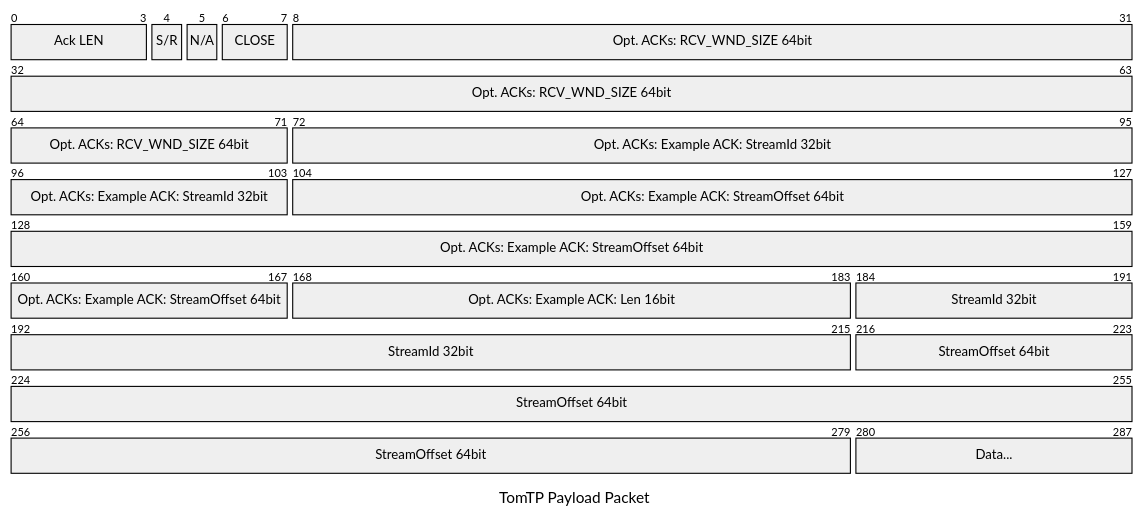
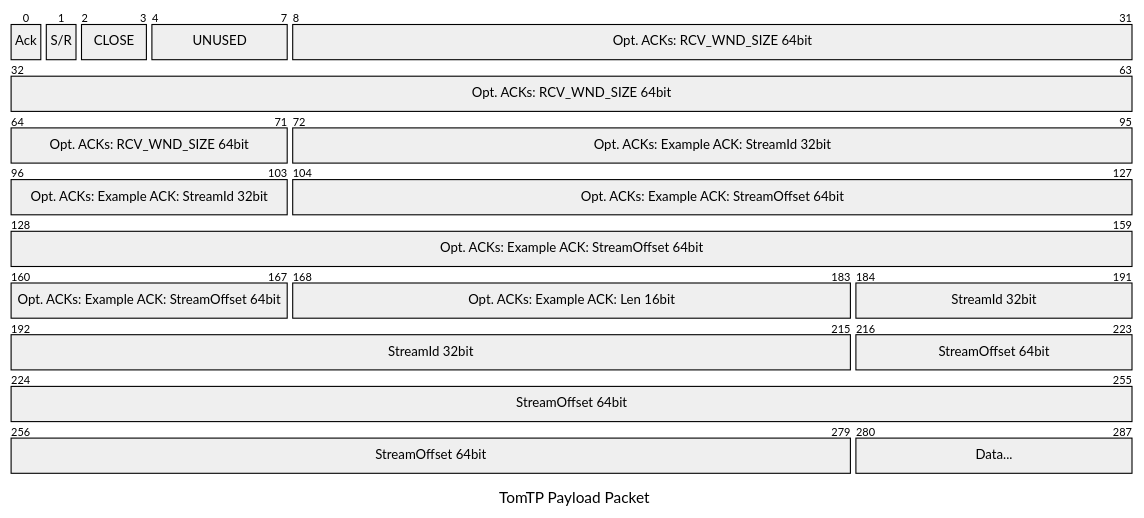
One commit to tbocek/tomtp changed the eighth of 9 diagrams in Readme.md. Above: the diagram before and after it, drawn with Mermaid. The commit also changed other lines of this file and 14 other files, not shown here.

````diff
--- a/Readme.md
+++ b/Readme.md
@@ -276,17 +276,17 @@
 ```mermaid
 ---
 title: "TomTP Payload Packet"
 ---
 packet-beta
-  0-3: "Ack LEN"
-  4: "S/R"
-  5: "N/A"
-  6-7: "CLOSE"
-  8-71: "Opt. ACKs: RCV_WND_SIZE 64bit" 
+  0: "Ack"
+  1: "S/R"
+  2-3: "CLOSE"
+  4-7: "UNUSED"
+  8-71: "Opt. ACKs: RCV_WND_SIZE 64bit"
   72-103: "Opt. ACKs: Example ACK: StreamId 32bit"
   104-167: "Opt. ACKs: Example ACK: StreamOffset 64bit"
   168-183: "Opt. ACKs: Example ACK: Len 16bit"
   184-215: "StreamId 32bit"
   216-279: "StreamOffset 64bit"
   280-287: "Data..."
 ```
````
